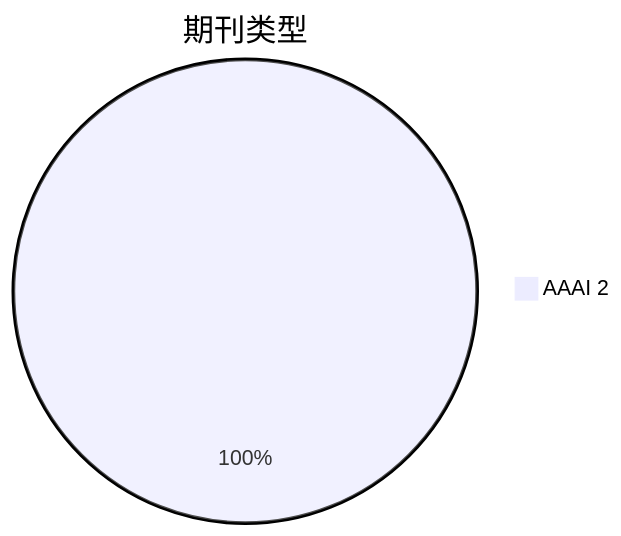
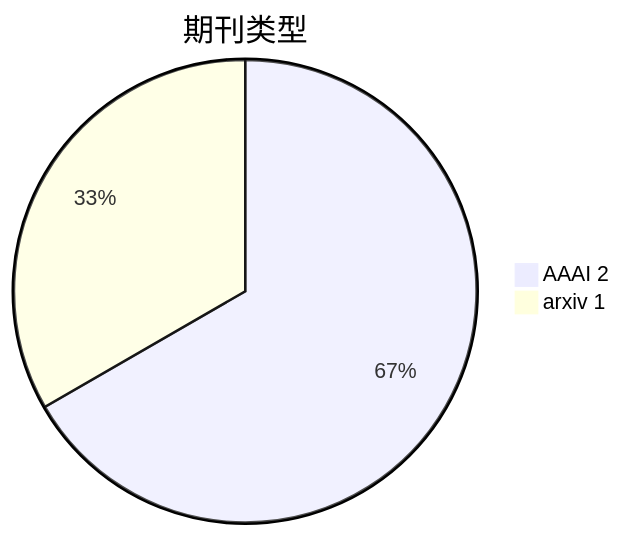
One commit to Elephant-King9/Paper changed the second of 5 diagrams in Attack/Jailbreak/VLVM/analyse.md. Above: the diagram before and after it, drawn with Mermaid. The commit also changed other lines of this file and 7 other files, not shown here.

````diff
--- a/Attack/Jailbreak/VLVM/analyse.md
+++ b/Attack/Jailbreak/VLVM/analyse.md
@@ -22,4 +23,5 @@
 ```mermaid
 pie title 期刊类型
     "AAAI 2" : 2
+    "arxiv 1" : 1
 ```
````
